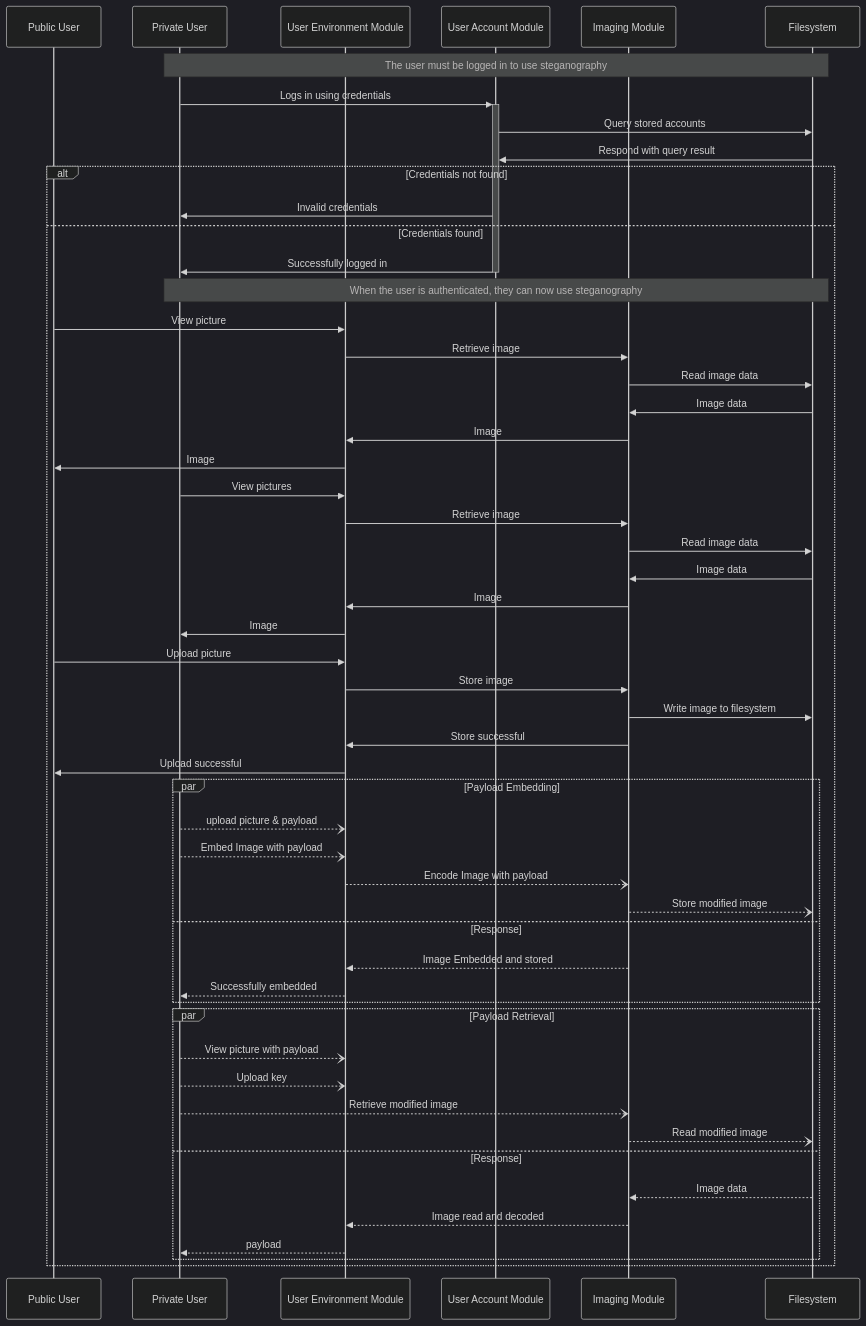
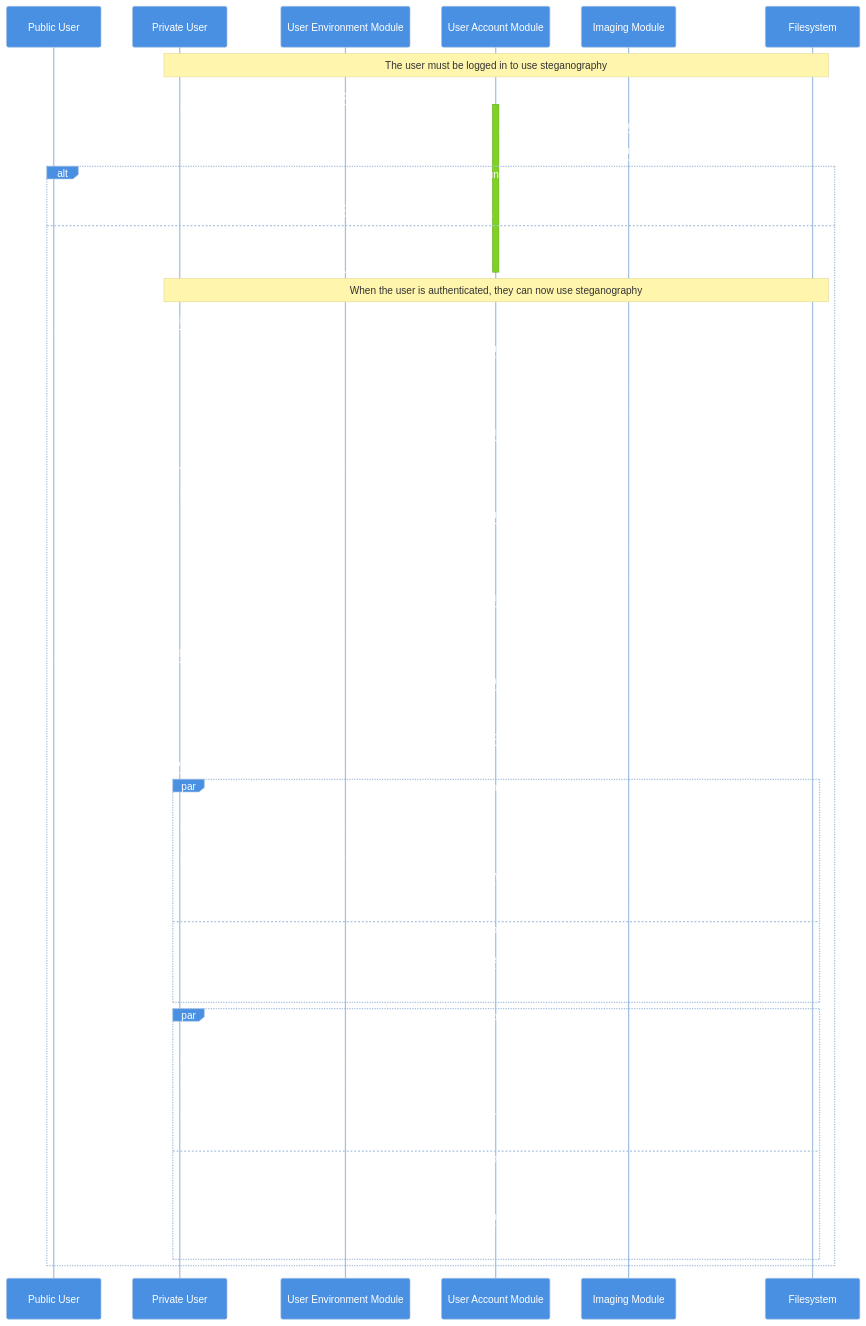
The first of 4 diagrams in documentation/design.md (csci265-team/HiddenFrame), drawn with Mermaid before and after one commit.

Commit message:
re-reattmpting changed palette for state diagram

```diff
--- a/documentation/design.md
+++ b/documentation/design.md
@@ -60,76 +60,76 @@
 ~~~mermaid
 ---
 Title: Design Overview
 ---
 
 %%{
   init: {
-    'theme': 'dark',
+    'theme': 'base',
     'themeVariables': {
       'primaryColor': '#4A90E2',
       'primaryTextColor': '#FFFFFF',
       'primaryBorderColor': '#A6C1E0',
       'lineColor': '#F2C94C',
       'secondaryColor': '#7ED321',
       'tertiaryColor': '#F5F7FA'
     }
   }
 }%%
 
 sequenceDiagram
     participant public as Public User
     participant private as Private User
     participant main as User Environment Module
     participant account as User Account Module
     participant image as Imaging Module
     participant db as Filesystem
 
     Note over private,db: The user must be logged in to use steganography
     private->>+account: Logs in using credentials
     account->>db: Query stored accounts
     db->>account: Respond with query result
 
     alt Credentials not found
         account->>private: Invalid credentials
     else Credentials found
         account->>-private: Successfully logged in
         Note over private,db: When the user is authenticated, they can now use steganography
         public->>main: View picture
         main->>image: Retrieve image
         image->>db: Read image data
         db->>image: Image data
         image->>main: Image
         main->>public: Image
         private->>main: View pictures
         main->>image: Retrieve image
         image->>db: Read image data
         db->>image: Image data
         image->>main: Image
         main->>private: Image
         public->>main: Upload picture
         main->>image: Store image
         image->>db: Write image to filesystem
         image->>main: Store successful
         main->>public: Upload successful
         par Payload Embedding
             private--)main: upload picture & payload
             private--)main: Embed Image with payload
             main--)image: Encode Image with payload
             image--)db: Store modified image
         and Response
             image-->>main: Image Embedded and stored
             main-->>private: Successfully embedded
         end
         par Payload Retrieval
             private--)main: View picture with payload
             private--)main: Upload key
             private--)image: Retrieve modified image
             image--)db: Read modified image
         and Response
             db-->>image: Image data
             image-->>main: Image read and decoded
             main-->>private: payload
         end
     end
 
 ~~~
```
